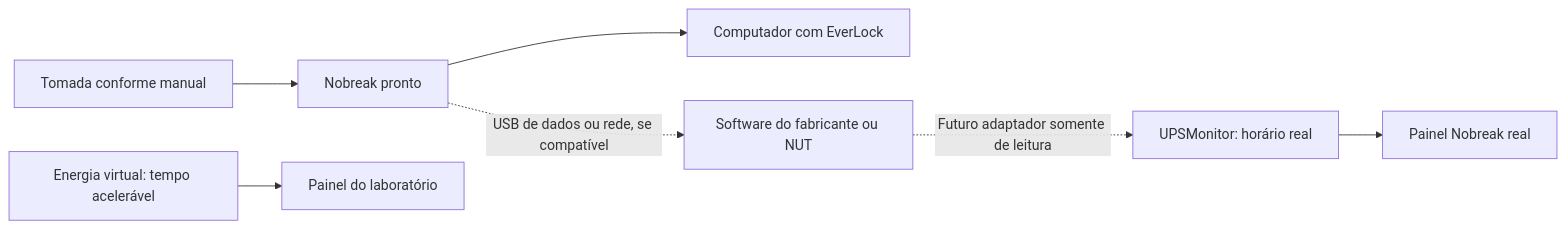
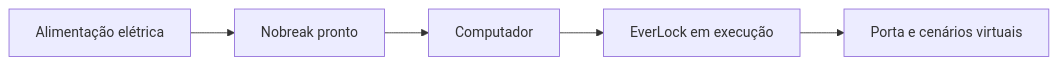
Before and after one commit to gustavonm20/EverLock: the diagram in docs/ups.md, drawn with Mermaid. The commit also changed other lines of this file and 3 other files, not shown here.

Commit message:
Define o nobreak apenas como alimentacao do computador

````diff
--- a/docs/ups.md
+++ b/docs/ups.md
@@ -16,8 +9,6 @@
 ```mermaid
 flowchart LR
-    AC["Tomada conforme manual"] --> UPS["Nobreak pronto"] --> PC["Computador com EverLock"]
-    UPS -. "USB de dados ou rede, se compatível" .-> Driver["Software do fabricante ou NUT"]
-    Driver -. "Futuro adaptador somente de leitura" .-> Monitor["UPSMonitor: horário real"]
-    Monitor --> Panel["Painel Nobreak real"]
-    Simulator["Energia virtual: tempo acelerável"] --> Lab["Painel do laboratório"]
+    Tomada["Alimentação elétrica"] --> Nobreak["Nobreak pronto"] --> Computador["Computador"]
+    Computador --> Aplicacao["EverLock em execução"]
+    Aplicacao --> Simulacao["Porta e cenários virtuais"]
 ```
````
